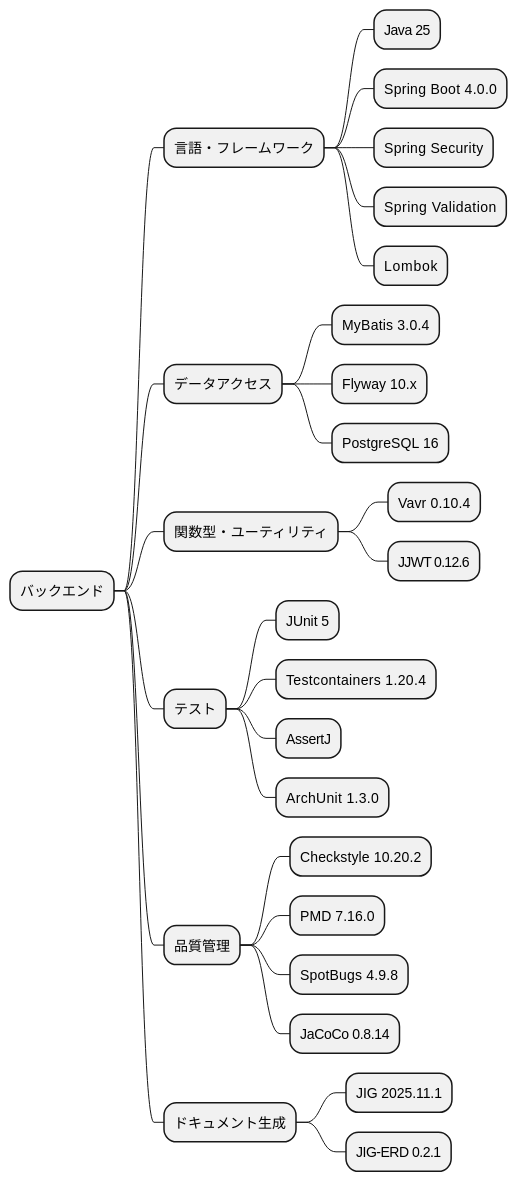
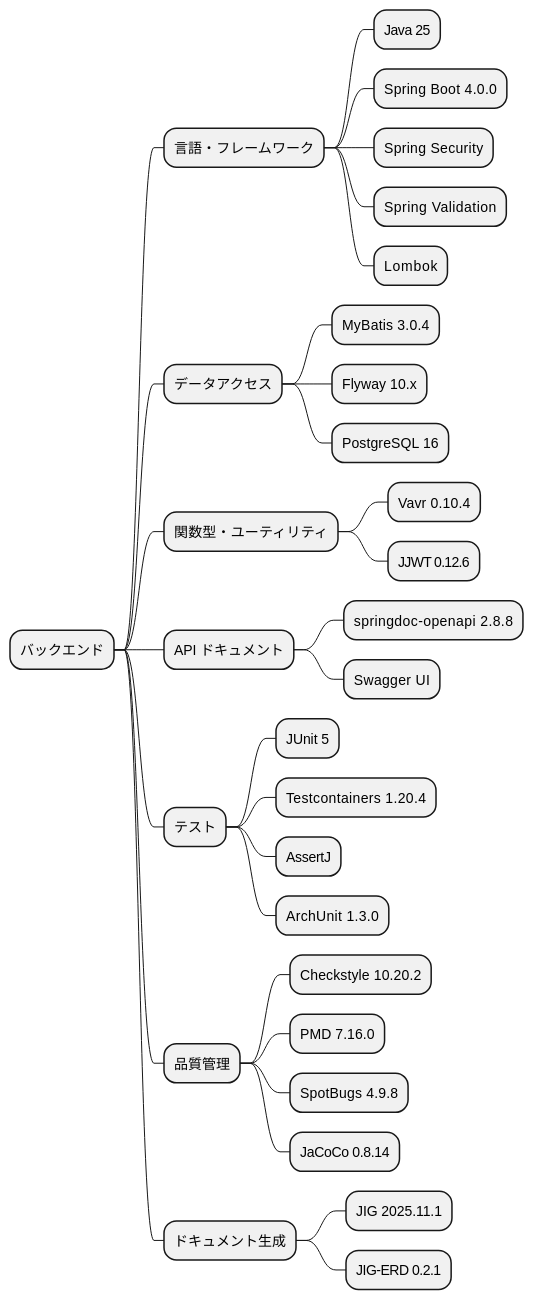
Before and after one commit to k2works/case-study-accounting: diagram 14 of 17 in docs/design/tech_stack.md, drawn with PlantUML. The commit also changed other lines of this file and 4 other files, not shown here.

````diff
--- a/docs/design/tech_stack.md
+++ b/docs/design/tech_stack.md
@@ -572,31 +617,34 @@
 ```plantuml
 @startmindmap
 * バックエンド
 ** 言語・フレームワーク
 *** Java 25
 *** Spring Boot 4.0.0
 *** Spring Security
 *** Spring Validation
 *** Lombok
 ** データアクセス
 *** MyBatis 3.0.4
 *** Flyway 10.x
 *** PostgreSQL 16
 ** 関数型・ユーティリティ
 *** Vavr 0.10.4
 *** JJWT 0.12.6
+** API ドキュメント
+*** springdoc-openapi 2.8.8
+*** Swagger UI
 ** テスト
 *** JUnit 5
 *** Testcontainers 1.20.4
 *** AssertJ
 *** ArchUnit 1.3.0
 ** 品質管理
 *** Checkstyle 10.20.2
 *** PMD 7.16.0
 *** SpotBugs 4.9.8
 *** JaCoCo 0.8.14
 ** ドキュメント生成
 *** JIG 2025.11.1
 *** JIG-ERD 0.2.1
 @endmindmap
 ```
````
